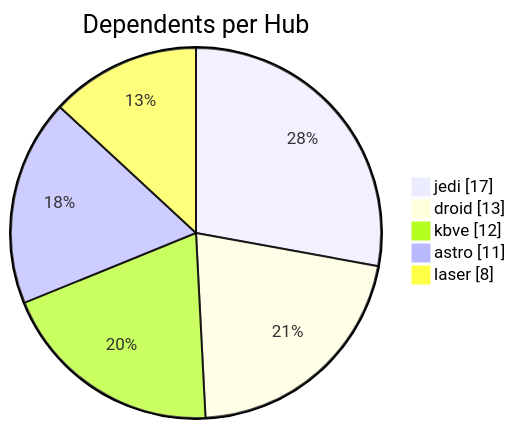
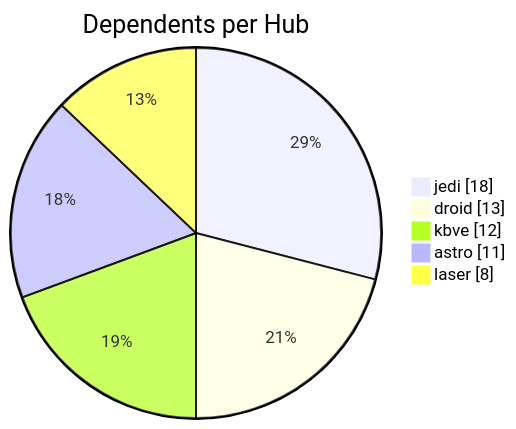
One commit to KBVE/kbve changed the second of 3 diagrams in apps/kbve/astro-kbve/src/content/docs/dashboard/graph.mdx. Above: the diagram before and after it, drawn with Mermaid. The commit also changed other lines of this file and 1 other file, not shown here.

Commit message:
chore(content): daily graph scaffold [skip ci] (#14538)

````diff
--- a/apps/kbve/astro-kbve/src/content/docs/dashboard/graph.mdx
+++ b/apps/kbve/astro-kbve/src/content/docs/dashboard/graph.mdx
@@ -137,9 +137,9 @@
 ```mermaid
 pie showData
     title Dependents per Hub
-    "jedi" : 17
+    "jedi" : 18
     "droid" : 13
     "kbve" : 12
     "astro" : 11
     "laser" : 8
 ```
````
